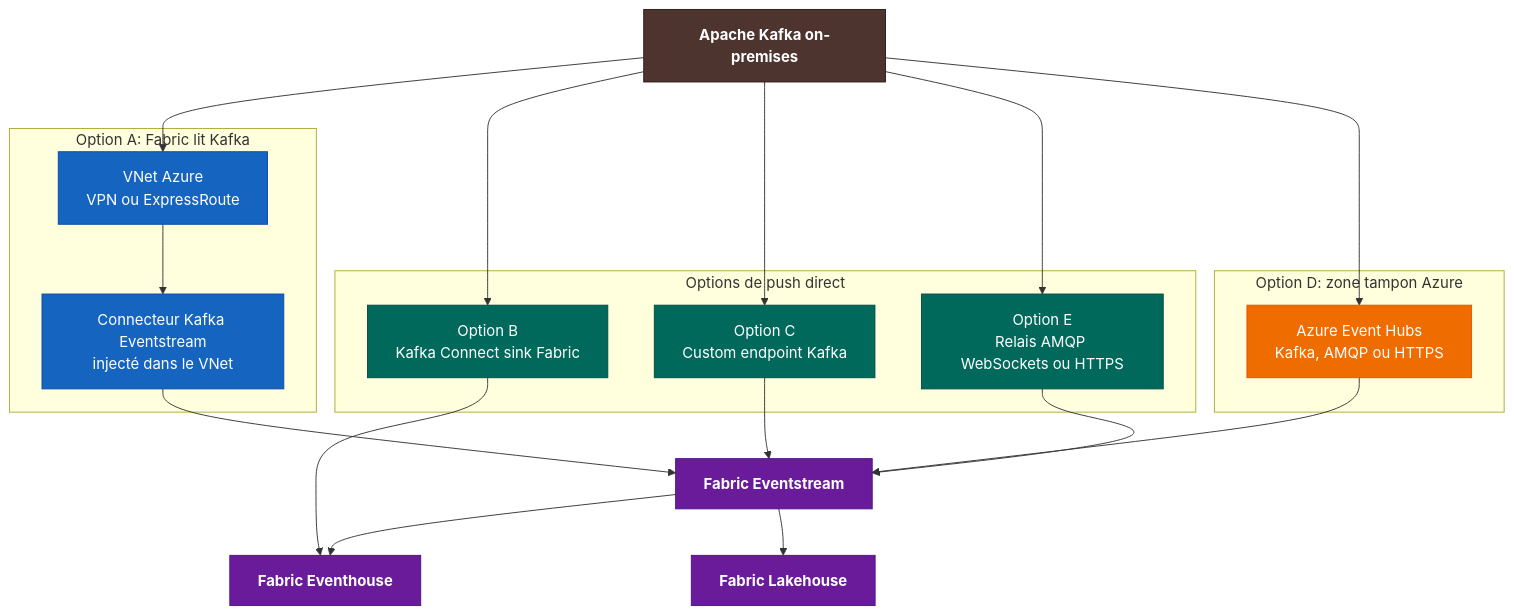
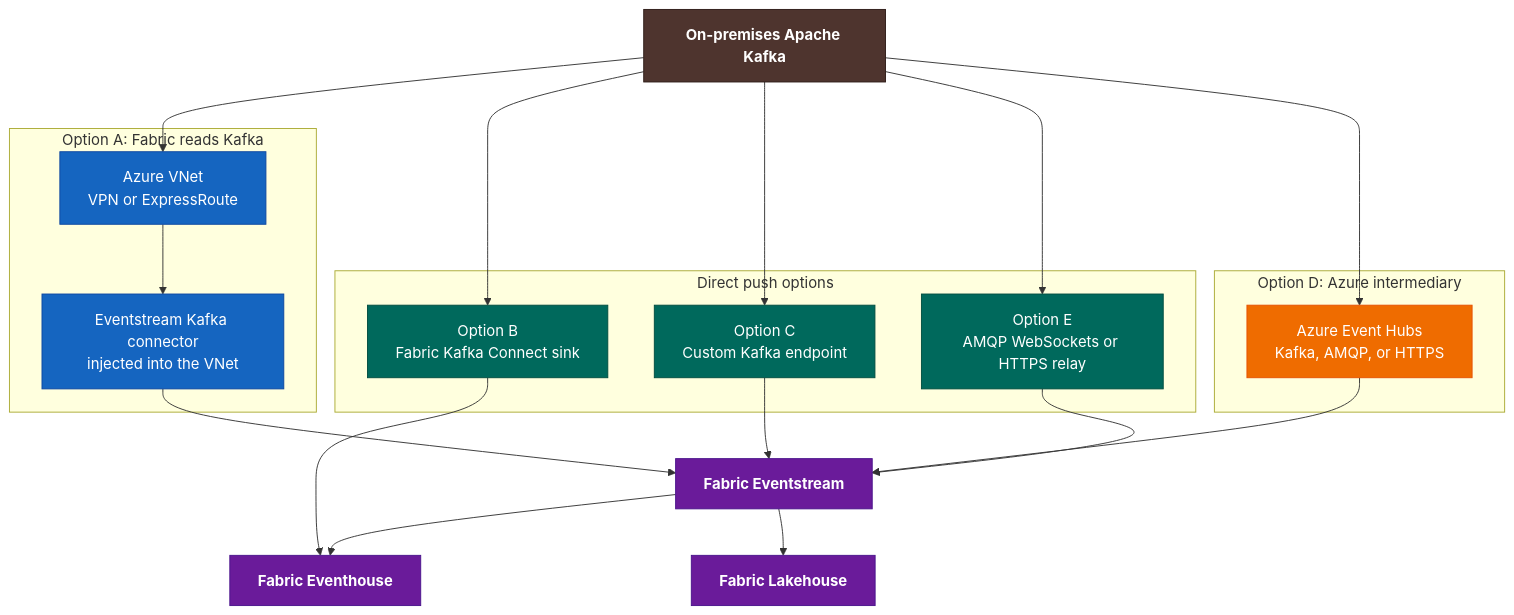
Before and after one commit to fredgis/fabric-foundry-kb: the first of 4 diagrams in markdown/Fabric_OnPrem_Kafka_Connectivity.md, drawn with Mermaid. The commit also changed other lines of this file and 2 other files, not shown here.

Commit message:
Translate Kafka connectivity whitepaper to English

````diff
--- a/markdown/Fabric_OnPrem_Kafka_Connectivity.md
+++ b/markdown/Fabric_OnPrem_Kafka_Connectivity.md
@@ -85,43 +85,43 @@
 ```mermaid
 flowchart TB
-    K["Apache Kafka on-premises"]
+    K["On-premises Apache Kafka"]
 
-    subgraph Pull["Option A: Fabric lit Kafka"]
-        VNET["VNet Azure<br/>VPN ou ExpressRoute"]
-        ESK["Connecteur Kafka Eventstream<br/>injecté dans le VNet"]
+    subgraph Pull["Option A: Fabric reads Kafka"]
+        VNET["Azure VNet<br/>VPN or ExpressRoute"]
+        ESK["Eventstream Kafka connector<br/>injected into the VNet"]
     end
 
-    subgraph DirectPush["Options de push direct"]
-        KC["Option B<br/>Kafka Connect sink Fabric"]
-        CEP["Option C<br/>Custom endpoint Kafka"]
-        RELAY["Option E<br/>Relais AMQP WebSockets ou HTTPS"]
+    subgraph DirectPush["Direct push options"]
+        KC["Option B<br/>Fabric Kafka Connect sink"]
+        CEP["Option C<br/>Custom Kafka endpoint"]
+        RELAY["Option E<br/>AMQP WebSockets or HTTPS relay"]
     end
 
-    subgraph Buffered["Option D: zone tampon Azure"]
-        EH["Azure Event Hubs<br/>Kafka, AMQP ou HTTPS"]
+    subgraph Buffered["Option D: Azure intermediary"]
+        EH["Azure Event Hubs<br/>Kafka, AMQP, or HTTPS"]
     end
 
     ES["Fabric Eventstream"]
     EVH["Fabric Eventhouse"]
     LH["Fabric Lakehouse"]
 
     K --> VNET --> ESK --> ES
     K --> KC --> EVH
     K --> CEP --> ES
     K --> EH --> ES
     K --> RELAY --> ES
     ES --> EVH
     ES --> LH
 
     classDef source fill:#4E342E,stroke:#2D1B17,color:#ffffff,font-weight:bold
     classDef network fill:#1565C0,stroke:#0D47A1,color:#ffffff
     classDef push fill:#00695C,stroke:#004D40,color:#ffffff
     classDef buffer fill:#EF6C00,stroke:#E65100,color:#ffffff
     classDef fabric fill:#6A1B9A,stroke:#4A148C,color:#ffffff,font-weight:bold
 
     class K source
     class VNET,ESK network
     class KC,CEP,RELAY push
     class EH buffer
     class ES,EVH,LH fabric
 ```
````
